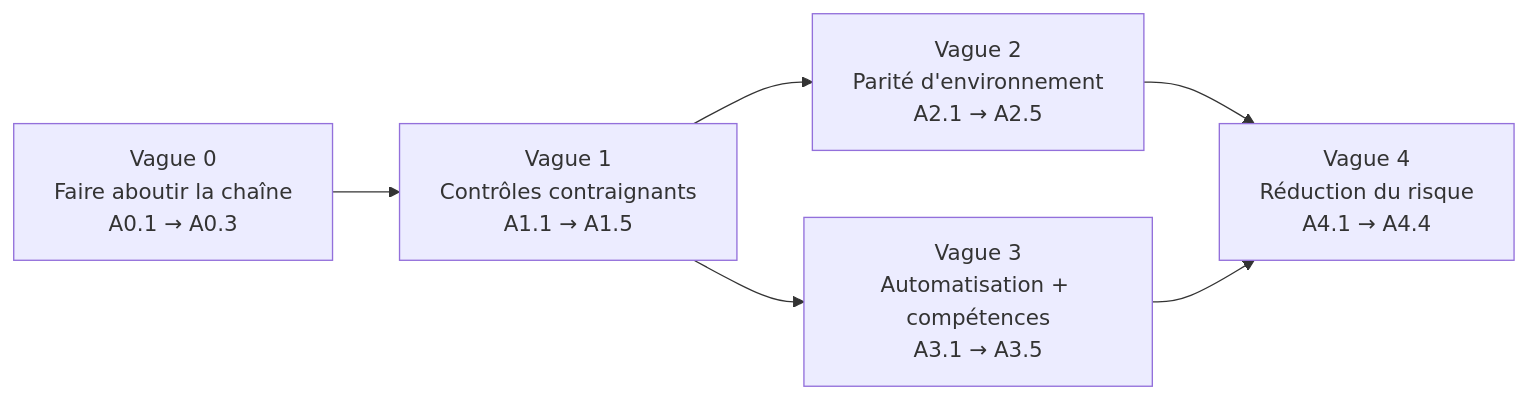
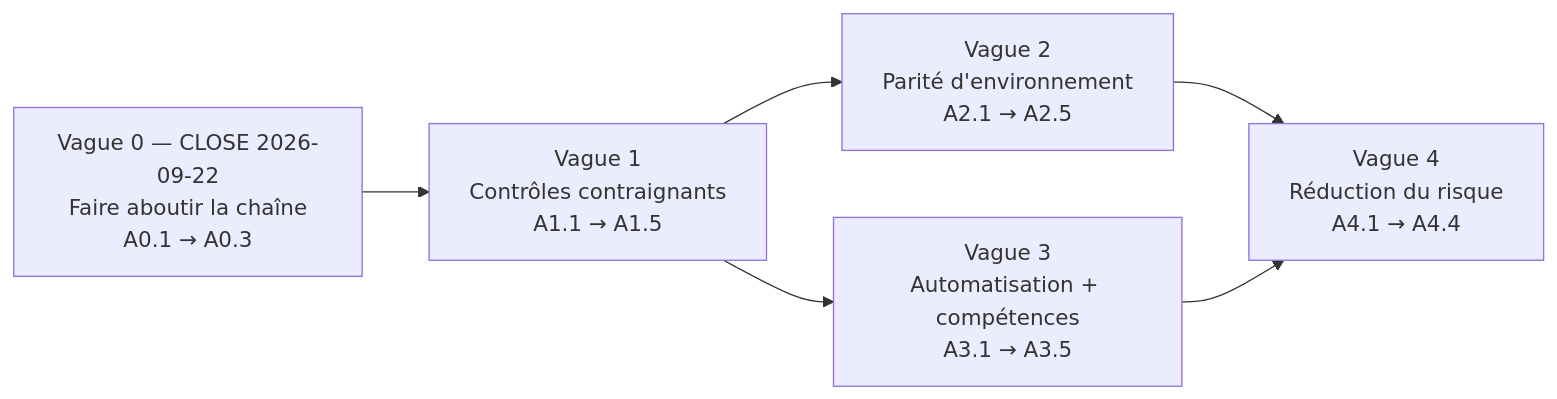
One commit to TedPasquiet/G-rez-le-cycle-de-vie-de-d-veloppement-logiciel changed the diagram in docs/schemas/plan-vagues.mmd. Above: the diagram before and after it, drawn with Mermaid. The commit also changed 9 other files, not shown here.

```diff
--- a/docs/schemas/plan-vagues.mmd
+++ b/docs/schemas/plan-vagues.mmd
@@ -1,10 +1,11 @@
 %% Schéma — Ordre d'exécution du plan d'optimisation.
 %% Source versionnée du bloc Mermaid de docs/plan-optimisation-release.md §8.
 %% Vagues 2 et 3 parallélisables. Vague 0 non négociable : tant qu'aucun
 %% déploiement n'a abouti, tout le reste optimise une chaîne non vérifiée.
+%% Vague 0 close le 2026-09-22 — libellé mis à jour le 2026-09-23.
 flowchart LR
-    V0["Vague 0<br/>Faire aboutir la chaîne<br/>A0.1 → A0.3"] --> V1["Vague 1<br/>Contrôles contraignants<br/>A1.1 → A1.5"]
+    V0["Vague 0 — CLOSE 2026-09-22<br/>Faire aboutir la chaîne<br/>A0.1 → A0.3"] --> V1["Vague 1<br/>Contrôles contraignants<br/>A1.1 → A1.5"]
     V1 --> V2["Vague 2<br/>Parité d'environnement<br/>A2.1 → A2.5"]
     V1 --> V3["Vague 3<br/>Automatisation + compétences<br/>A3.1 → A3.5"]
     V2 --> V4["Vague 4<br/>Réduction du risque<br/>A4.1 → A4.4"]
     V3 --> V4
```
